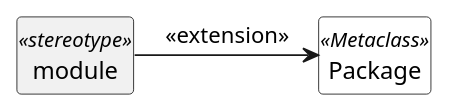
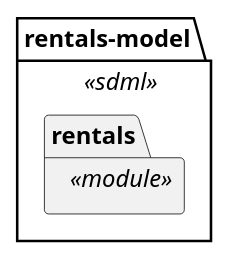
One commit to sdm-lang/tree-sitter-sdml changed the fourth of 19 diagrams in docs/uml-profile.org. Above: the diagram before and after it, drawn with PlantUML. The commit also changed other lines of this file and 25 other files, not shown here.

Commit message:
docs: working on UML profile

```diff
--- a/docs/uml-profile.org
+++ b/docs/uml-profile.org
@@ -65,9 +159,14 @@
-#+BEGIN_SRC plantuml :file uml-profile-module.svg
+#+BEGIN_SRC plantuml :file uml-ex-module.svg
 skinparam backgroundColor transparent
+skinparam style strictuml
+skinparam linetype polyline
+skinparam nodesep 60
+
 hide circle
 hide members
 
-class Package <<Metaclass>> #white {}
-class module <<stereotype>> {}
-module -> Package: <<extension>>
+package rentals-model <<sdml>> {
+  package rentals <<module>> {
+  }
+}
 #+END_SRC
```
